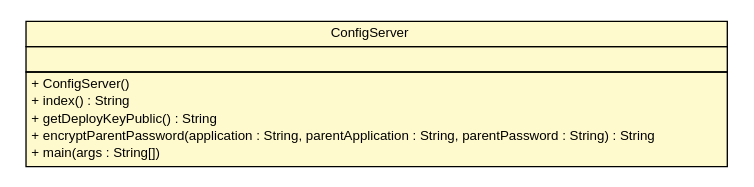
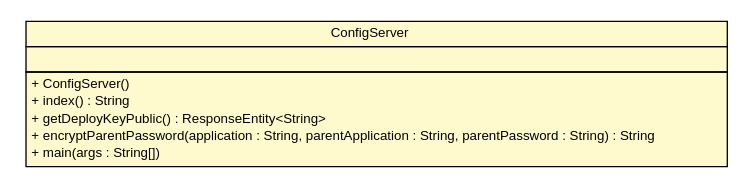
Before and after one commit to sfeng9d/spring-cloud-config: the diagram in snapshot/build-docker/maven-build-java8/spring-cloud-config/spring-cloud-config-server/apidocs/cn/home1/cloud/config/server/ConfigServer.dot, drawn with Graphviz. The commit also changed 149 other files, not shown here.

Commit message:
Creating site for spring-cloud-config-server-0.0.1-SNAPSHOT

```diff
--- a/snapshot/build-docker/maven-build-java8/spring-cloud-config/spring-cloud-config-server/apidocs/cn/home1/cloud/config/server/ConfigServer.dot
+++ b/snapshot/build-docker/maven-build-java8/spring-cloud-config/spring-cloud-config-server/apidocs/cn/home1/cloud/config/server/ConfigServer.dot
@@ -1,28 +1,28 @@
 #!/usr/local/bin/dot
 #
 # Class diagram 
 # Generated by UMLGraph version R5_6-24-gf6e263 (http://www.umlgraph.org/)
 #
 
 digraph G {
 	edge [fontname="Helvetica",fontsize=10,labelfontname="Helvetica",labelfontsize=10];
 	node [fontname="Helvetica",fontsize=10,shape=plaintext];
 	nodesep=0.25;
 	ranksep=0.5;
 	// cn.home1.cloud.config.server.ConfigServer
-	c151 [label=<<table title="cn.home1.cloud.config.server.ConfigServer" border="0" cellborder="1" cellspacing="0" cellpadding="2" port="p" bgcolor="lemonChiffon" href="./ConfigServer.html">
+	c143 [label=<<table title="cn.home1.cloud.config.server.ConfigServer" border="0" cellborder="1" cellspacing="0" cellpadding="2" port="p" bgcolor="lemonChiffon" href="./ConfigServer.html">
 		<tr><td><table border="0" cellspacing="0" cellpadding="1">
 <tr><td align="center" balign="center"> ConfigServer </td></tr>
 		</table></td></tr>
 		<tr><td><table border="0" cellspacing="0" cellpadding="1">
 <tr><td align="left" balign="left">  </td></tr>
 		</table></td></tr>
 		<tr><td><table border="0" cellspacing="0" cellpadding="1">
 <tr><td align="left" balign="left"> + ConfigServer() </td></tr>
 <tr><td align="left" balign="left"> + index() : String </td></tr>
-<tr><td align="left" balign="left"> + getDeployKeyPublic() : String </td></tr>
+<tr><td align="left" balign="left"> + getDeployKeyPublic() : ResponseEntity&lt;String&gt; </td></tr>
 <tr><td align="left" balign="left"> + encryptParentPassword(application : String, parentApplication : String, parentPassword : String) : String </td></tr>
 <tr><td align="left" balign="left"> + main(args : String[]) </td></tr>
 		</table></td></tr>
 		</table>>, URL="./ConfigServer.html", fontname="Helvetica", fontcolor="black", fontsize=10.0];
 }
```
